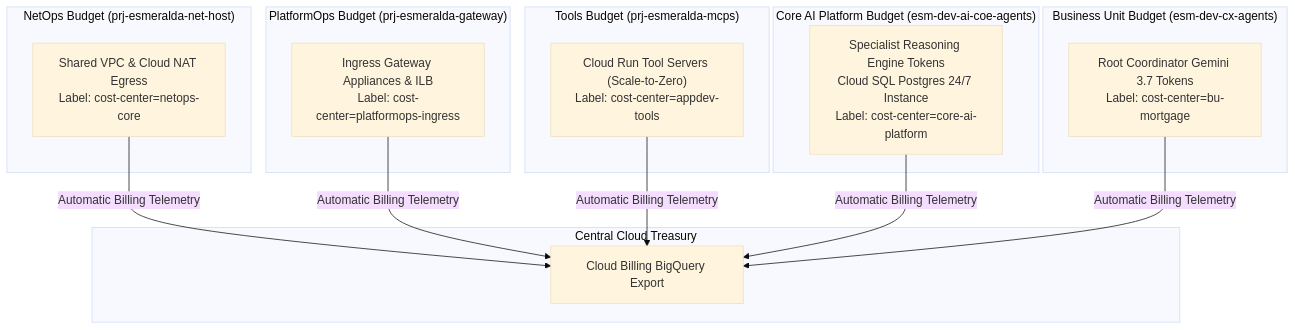
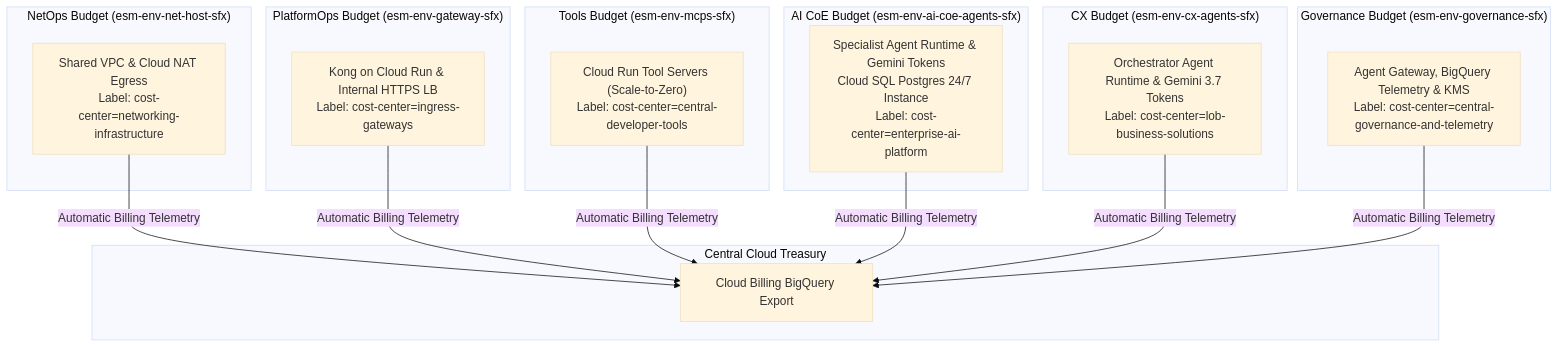
One commit to google/esmeralda changed the second of 2 diagrams in docs/1-platform-foundations/01-projects-and-finops.md. Above: the diagram before and after it, drawn with Mermaid (base theme). The commit also changed other lines of this file and 15 other files, not shown here.

First line of the commit message:
docs: revise all docs for team-based names and current architecture

````diff
--- a/docs/1-platform-foundations/01-projects-and-finops.md
+++ b/docs/1-platform-foundations/01-projects-and-finops.md
@@ -85,28 +99,32 @@
 ```mermaid
 flowchart TD
     subgraph Treasury["Central Cloud Treasury"]
         Export["Cloud Billing BigQuery Export"]
     end
 
-    subgraph NetOps["NetOps Budget (prj-esmeralda-net-host)"]
-        C0["Shared VPC & Cloud NAT Egress<br/>Label: cost-center=netops-core"]
+    subgraph NetOps["NetOps Budget (esm-env-net-host-sfx)"]
+        C0["Shared VPC & Cloud NAT Egress<br/>Label: cost-center=networking-infrastructure"]
     end
 
-    subgraph PlatformOps["PlatformOps Budget (prj-esmeralda-gateway)"]
-        C_GW["Ingress Gateway Appliances & ILB<br/>Label: cost-center=platformops-ingress"]
+    subgraph PlatformOps["PlatformOps Budget (esm-env-gateway-sfx)"]
+        C_GW["Kong on Cloud Run & Internal HTTPS LB<br/>Label: cost-center=ingress-gateways"]
     end
 
-    subgraph AppDev["Tools Budget (prj-esmeralda-mcps)"]
-        C1["Cloud Run Tool Servers (Scale-to-Zero)<br/>Label: cost-center=appdev-tools"]
+    subgraph AppDev["Tools Budget (esm-env-mcps-sfx)"]
+        C1["Cloud Run Tool Servers (Scale-to-Zero)<br/>Label: cost-center=central-developer-tools"]
     end
 
-    subgraph CoreAI["Core AI Platform Budget (esm-dev-ai-coe-agents)"]
-        C2["Specialist Reasoning Engine Tokens<br/>Cloud SQL Postgres 24/7 Instance<br/>Label: cost-center=core-ai-platform"]
+    subgraph CoreAI["AI CoE Budget (esm-env-ai-coe-agents-sfx)"]
+        C2["Specialist Agent Runtime & Gemini Tokens<br/>Cloud SQL Postgres 24/7 Instance<br/>Label: cost-center=enterprise-ai-platform"]
     end
 
-    subgraph BU["Business Unit Budget (esm-dev-cx-agents)"]
-        C3["Root Coordinator Gemini 3.7 Tokens<br/>Label: cost-center=bu-mortgage"]
+    subgraph BU["CX Budget (esm-env-cx-agents-sfx)"]
+        C3["Orchestrator Agent Runtime & Gemini 3.7 Tokens<br/>Label: cost-center=lob-business-solutions"]
     end
 
-    C0 & C_GW & C1 & C2 & C3 -->|Automatic Billing Telemetry| Export
+    subgraph Gov["Governance Budget (esm-env-governance-sfx)"]
+        C4["Agent Gateway, BigQuery Telemetry & KMS<br/>Label: cost-center=central-governance-and-telemetry"]
+    end
+
+    C0 & C_GW & C1 & C2 & C3 & C4 -->|Automatic Billing Telemetry| Export
 ```
````
